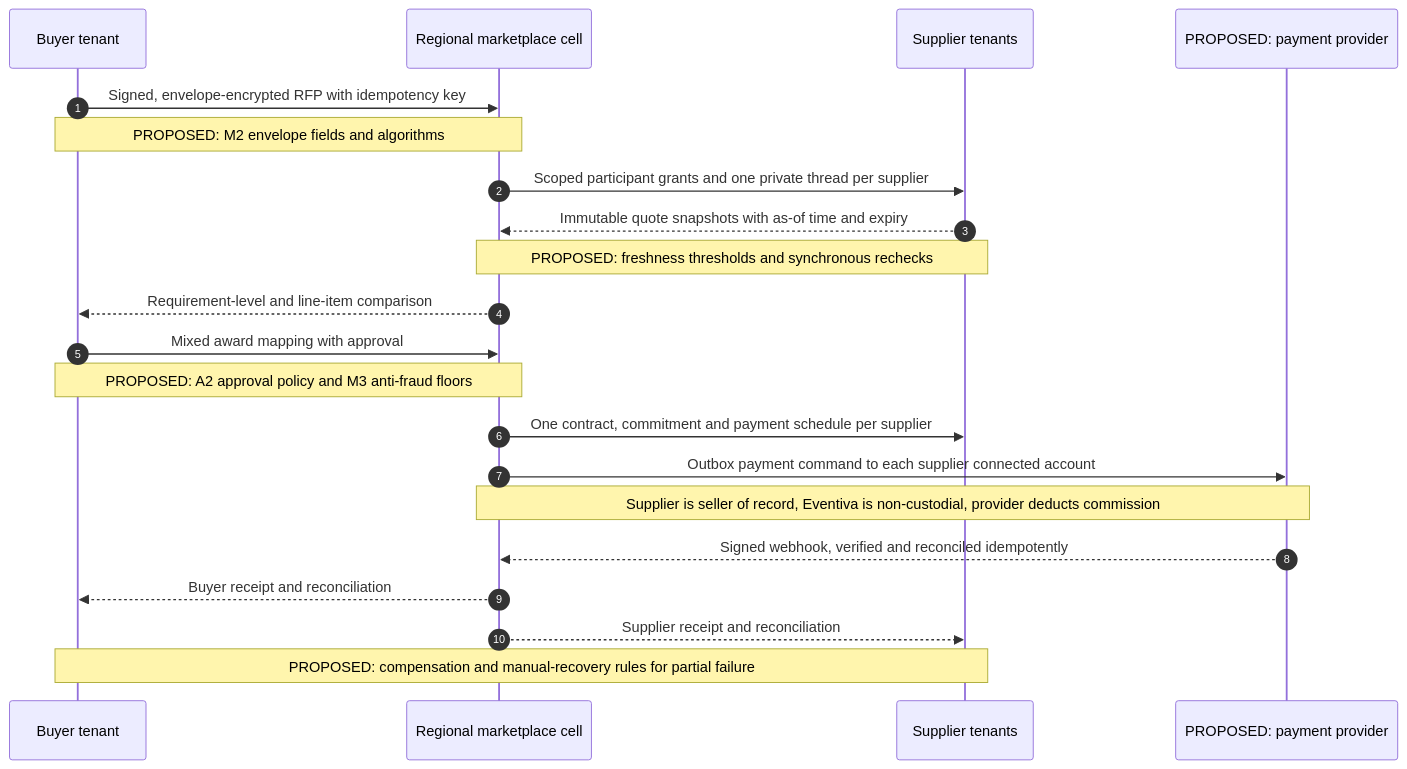
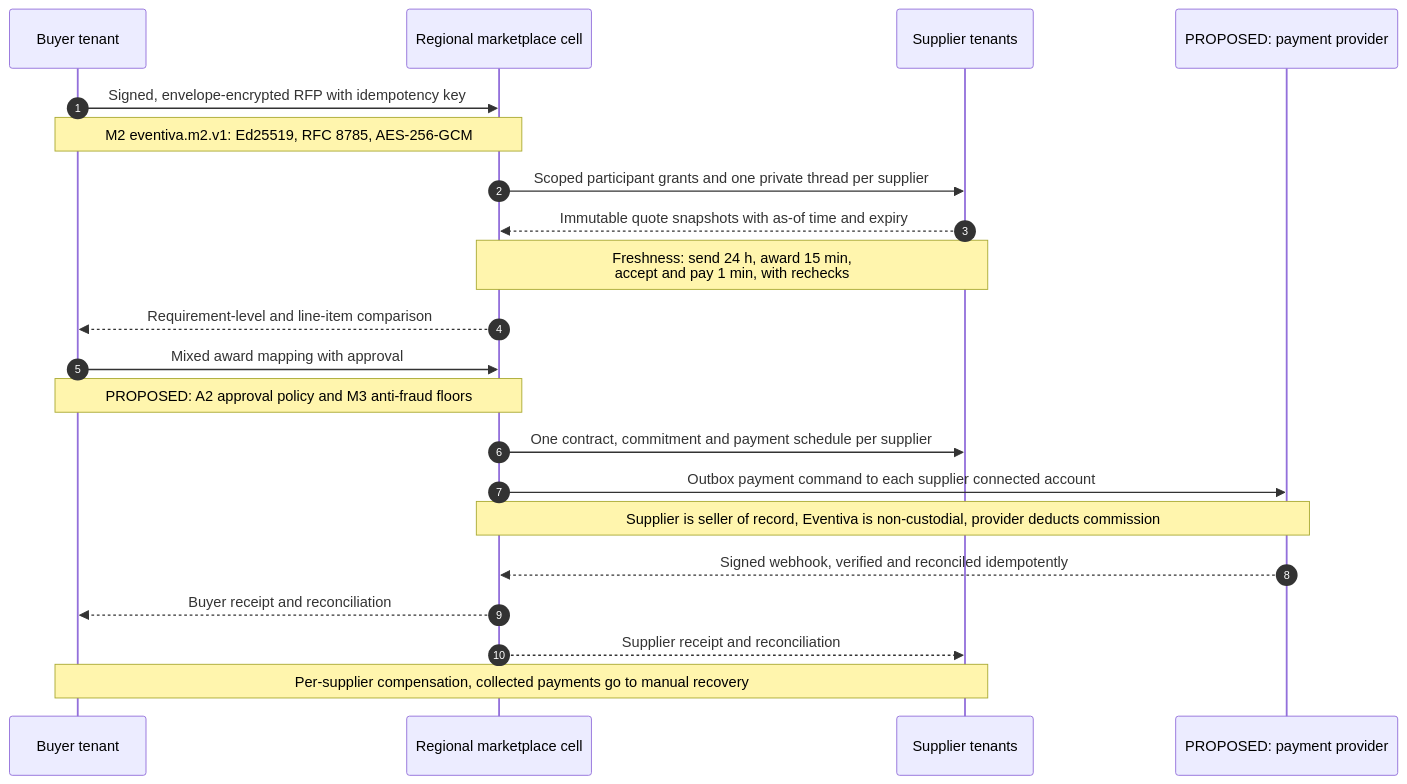
Before and after one commit to Resnovas/Eventiva: the fourth of 4 diagrams in docs/architecture/eventiva-platform-and-marketplace.md, drawn with Mermaid. The commit also changed other lines of this file and 33 other files, not shown here.

````diff
--- a/docs/architecture/eventiva-platform-and-marketplace.md
+++ b/docs/architecture/eventiva-platform-and-marketplace.md
@@ -126,23 +130,23 @@
 ```mermaid
 sequenceDiagram
     autonumber
     participant B as Buyer tenant
     participant M as Regional marketplace cell
     participant S as Supplier tenants
     participant P as PROPOSED: payment provider
     B->>M: Signed, envelope-encrypted RFP with idempotency key
-    Note over B,M: PROPOSED: M2 envelope fields and algorithms
+    Note over B,M: M2 eventiva.m2.v1: Ed25519, RFC 8785, AES-256-GCM
     M->>S: Scoped participant grants and one private thread per supplier
     S-->>M: Immutable quote snapshots with as-of time and expiry
-    Note over M,S: PROPOSED: freshness thresholds and synchronous rechecks
+    Note over M,S: Freshness: send 24 h, award 15 min,<br/>accept and pay 1 min, with rechecks
     M-->>B: Requirement-level and line-item comparison
     B->>M: Mixed award mapping with approval
     Note over B,M: PROPOSED: A2 approval policy and M3 anti-fraud floors
     M->>S: One contract, commitment and payment schedule per supplier
     M->>P: Outbox payment command to each supplier connected account
     Note over M,P: Supplier is seller of record, Eventiva is non-custodial, provider deducts commission
     P-->>M: Signed webhook, verified and reconciled idempotently
     M-->>B: Buyer receipt and reconciliation
     M-->>S: Supplier receipt and reconciliation
-    Note over B,S: PROPOSED: compensation and manual-recovery rules for partial failure
+    Note over B,S: Per-supplier compensation, collected payments go to manual recovery
 ```
````
